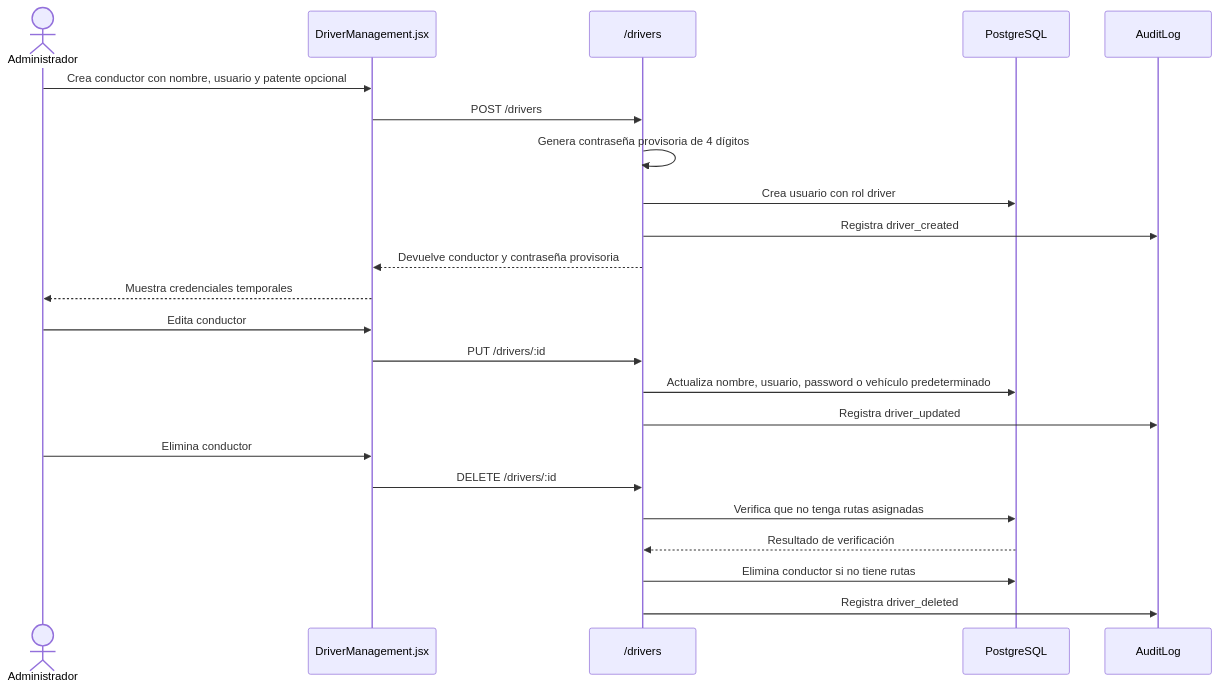
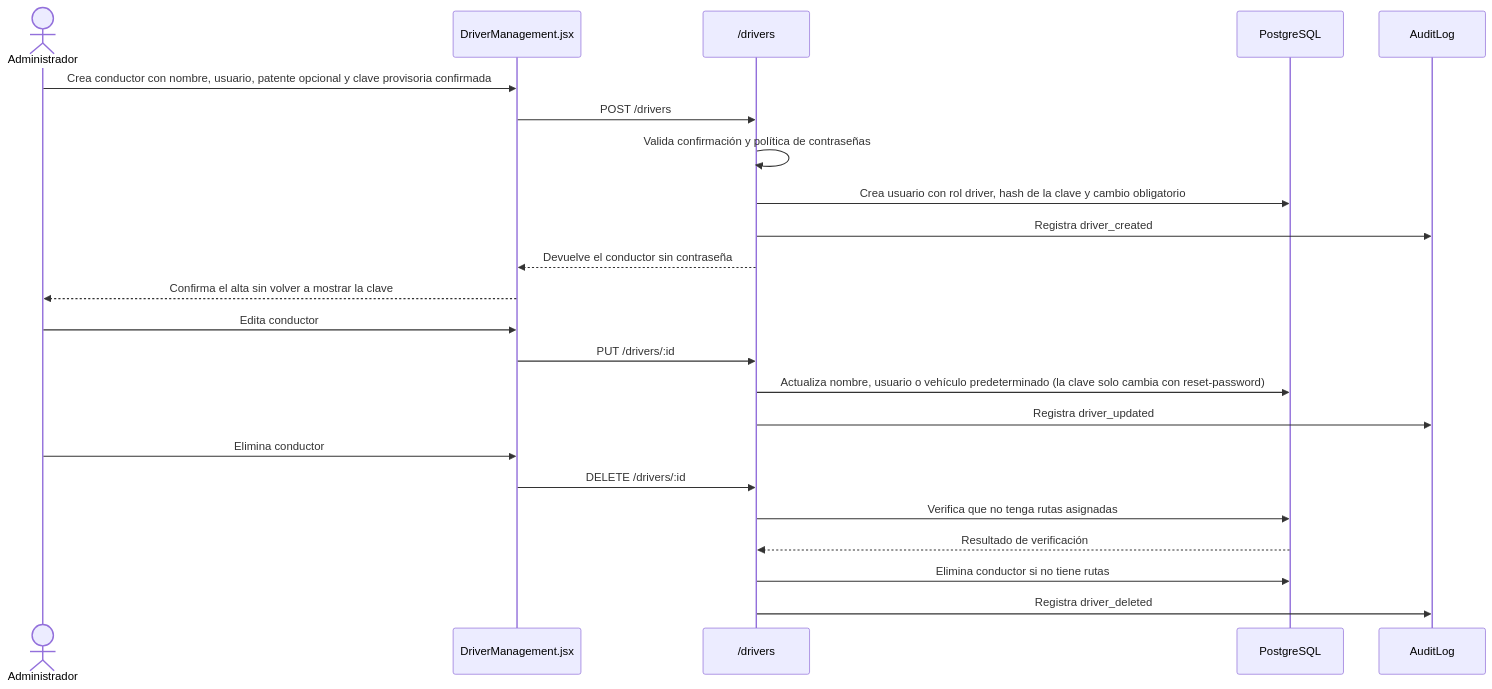
The fourth of 7 diagrams in docs/diagramas-flujos-modulos.md (fepo22/VGV-Connect), drawn with Mermaid before and after one commit. The commit also changed other lines of this file and 54 other files, not shown here.

````diff
--- a/docs/diagramas-flujos-modulos.md
+++ b/docs/diagramas-flujos-modulos.md
@@ -84,28 +84,28 @@
 ```mermaid
 sequenceDiagram
   actor Admin as Administrador
   participant UI as DriverManagement.jsx
   participant API as /drivers
   participant DB as PostgreSQL
   participant Audit as AuditLog
 
-  Admin->>UI: Crea conductor con nombre, usuario y patente opcional
+  Admin->>UI: Crea conductor con nombre, usuario, patente opcional y clave provisoria confirmada
   UI->>API: POST /drivers
-  API->>API: Genera contraseña provisoria de 4 dígitos
-  API->>DB: Crea usuario con rol driver
+  API->>API: Valida confirmación y política de contraseñas
+  API->>DB: Crea usuario con rol driver, hash de la clave y cambio obligatorio
   API->>Audit: Registra driver_created
-  API-->>UI: Devuelve conductor y contraseña provisoria
-  UI-->>Admin: Muestra credenciales temporales
+  API-->>UI: Devuelve el conductor sin contraseña
+  UI-->>Admin: Confirma el alta sin volver a mostrar la clave
 
   Admin->>UI: Edita conductor
   UI->>API: PUT /drivers/:id
-  API->>DB: Actualiza nombre, usuario, password o vehículo predeterminado
+  API->>DB: Actualiza nombre, usuario o vehículo predeterminado (la clave solo cambia con reset-password)
   API->>Audit: Registra driver_updated
 
   Admin->>UI: Elimina conductor
   UI->>API: DELETE /drivers/:id
   API->>DB: Verifica que no tenga rutas asignadas
   DB-->>API: Resultado de verificación
   API->>DB: Elimina conductor si no tiene rutas
   API->>Audit: Registra driver_deleted
 ```
````
